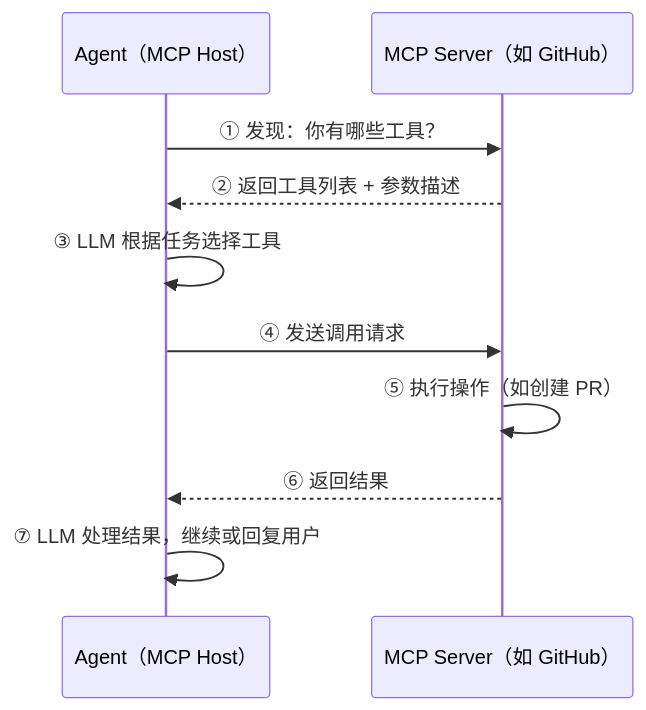
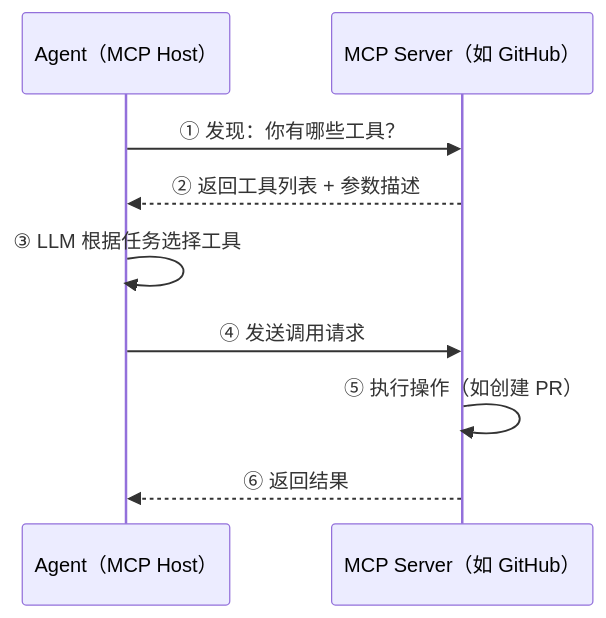
The seventh of 11 diagrams in docs/ch02-concepts/part-2-concepts.md (zht043/AgenticCodingTutorial), drawn with Mermaid before and after one commit. The commit also changed other lines of this file and 12 other files, not shown here.

````diff
--- a/docs/ch02-concepts/part-2-concepts.md
+++ b/docs/ch02-concepts/part-2-concepts.md
@@ -418,13 +363,12 @@
 ```mermaid
 sequenceDiagram
     participant H as Agent（MCP Host）
     participant S as MCP Server（如 GitHub）
 
     H->>S: ① 发现：你有哪些工具？
     S-->>H: ② 返回工具列表 + 参数描述
     H->>H: ③ LLM 根据任务选择工具
     H->>S: ④ 发送调用请求
     S->>S: ⑤ 执行操作（如创建 PR）
     S-->>H: ⑥ 返回结果
-    H->>H: ⑦ LLM 处理结果，继续或回复用户
 ```
````
